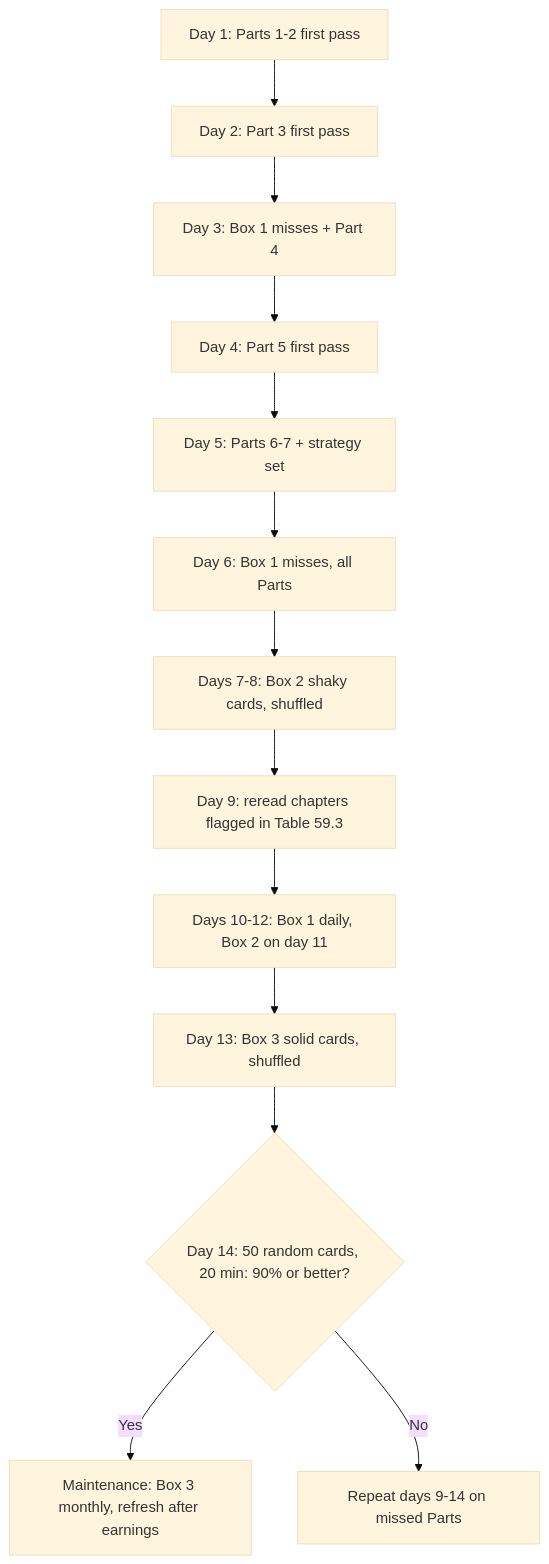
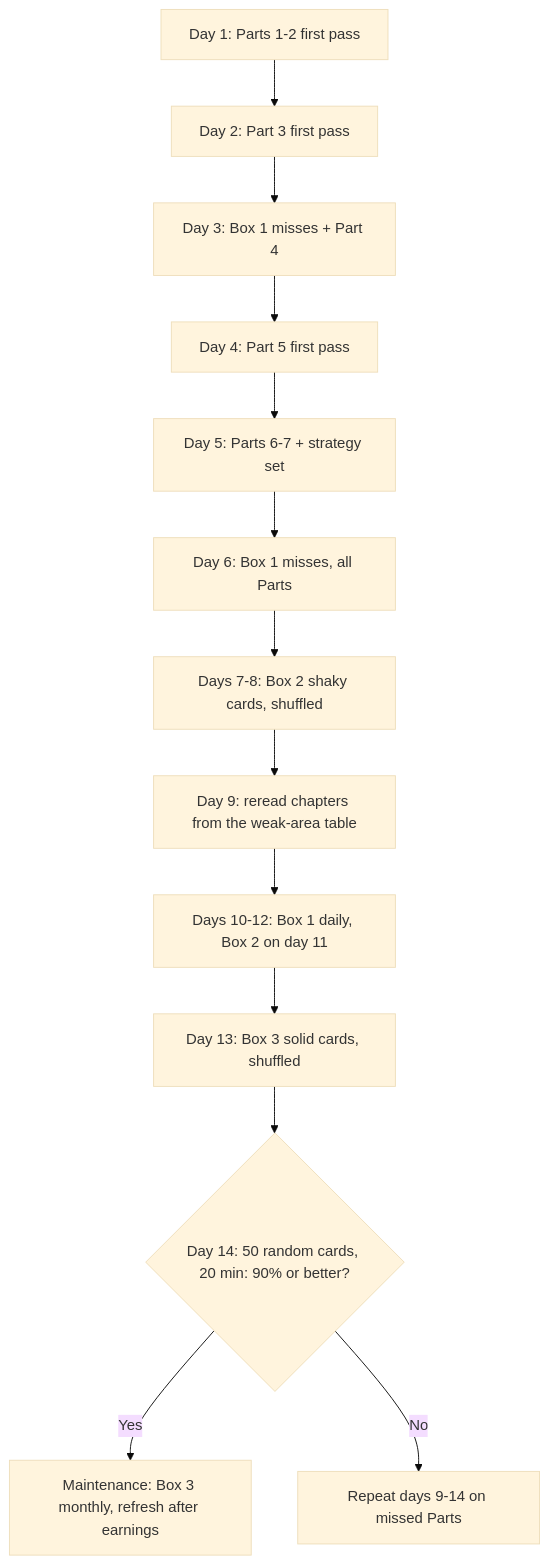
Before and after one commit to FrankHuang94/storage-_db_claude: the fourth of 5 diagrams in docs/08-conversation-toolkit/59-self-test-flashcards.md, drawn with Mermaid (base theme). The commit also changed other lines of this file and 2 other files, not shown here.

````diff
--- a/docs/08-conversation-toolkit/59-self-test-flashcards.md
+++ b/docs/08-conversation-toolkit/59-self-test-flashcards.md
@@ -56,15 +107,15 @@
 ```mermaid
 flowchart TD
     A["Day 1: Parts 1-2 first pass"] --> B["Day 2: Part 3 first pass"]
     B --> C["Day 3: Box 1 misses + Part 4"]
     C --> D["Day 4: Part 5 first pass"]
     D --> E["Day 5: Parts 6-7 + strategy set"]
     E --> F["Day 6: Box 1 misses, all Parts"]
     F --> G["Days 7-8: Box 2 shaky cards, shuffled"]
-    G --> H["Day 9: reread chapters flagged in Table 59.3"]
+    G --> H["Day 9: reread chapters from the weak-area table"]
     H --> I["Days 10-12: Box 1 daily, Box 2 on day 11"]
     I --> J["Day 13: Box 3 solid cards, shuffled"]
     J --> K{"Day 14: 50 random cards, 20 min: 90% or better?"}
     K -->|Yes| L["Maintenance: Box 3 monthly, refresh after earnings"]
     K -->|No| M["Repeat days 9-14 on missed Parts"]
 ```
````
